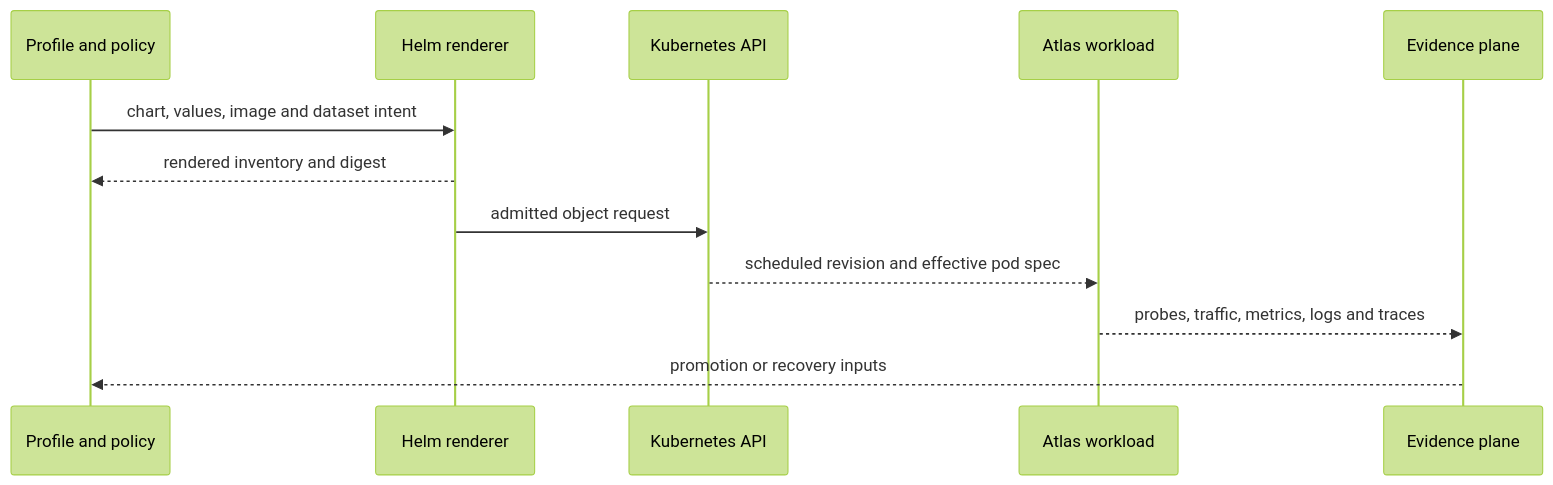
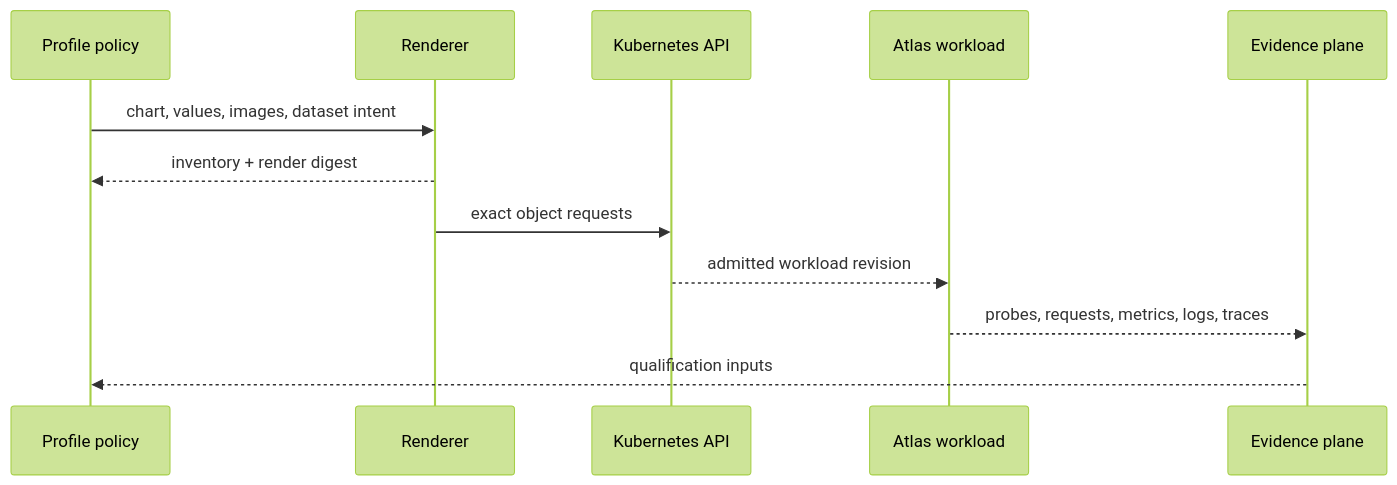
Before and after one commit to bijux/bijux-atlas: the second of 2 diagrams in docs/bijux-atlas-ops/kubernetes/index.md, drawn with Mermaid (forest theme). The commit also changed other lines of this file and 1 other file, not shown here.

````diff
--- a/docs/bijux-atlas-ops/kubernetes/index.md
+++ b/docs/bijux-atlas-ops/kubernetes/index.md
@@ -86,14 +47,14 @@
 ```mermaid
 sequenceDiagram
-    participant Policy as Profile and policy
-    participant Helm as Helm renderer
+    participant Policy as Profile policy
+    participant Helm as Renderer
     participant API as Kubernetes API
-    participant Pod as Atlas workload
+    participant Workload as Atlas workload
     participant Evidence as Evidence plane
-    Policy->>Helm: chart, values, image and dataset intent
-    Helm-->>Policy: rendered inventory and digest
-    Helm->>API: admitted object request
-    API-->>Pod: scheduled revision and effective pod spec
-    Pod-->>Evidence: probes, traffic, metrics, logs and traces
-    Evidence-->>Policy: promotion or recovery inputs
+    Policy->>Helm: chart, values, images, dataset intent
+    Helm-->>Policy: inventory + render digest
+    Helm->>API: exact object requests
+    API-->>Workload: admitted workload revision
+    Workload-->>Evidence: probes, requests, metrics, logs, traces
+    Evidence-->>Policy: qualification inputs
 ```
````
